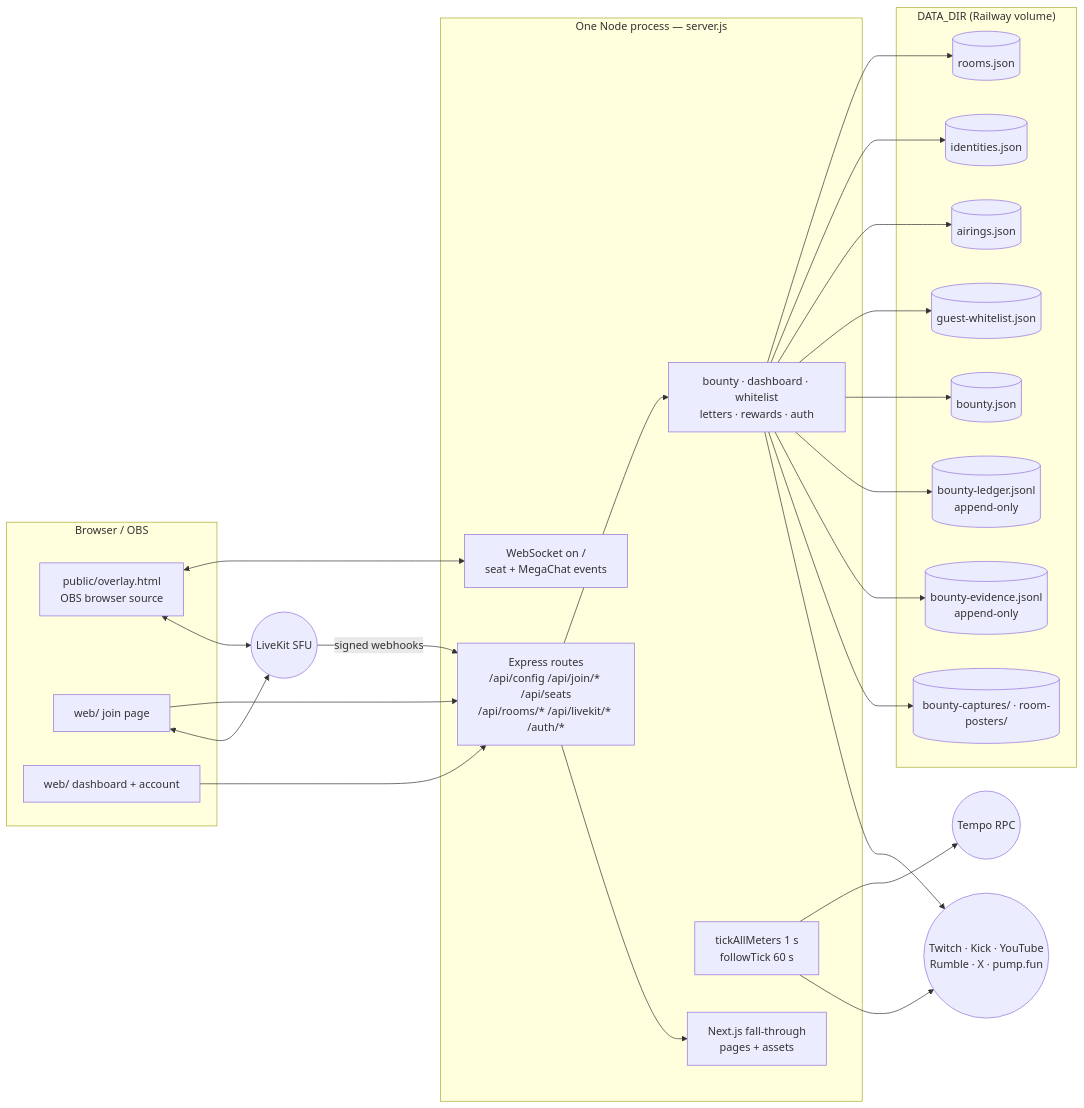
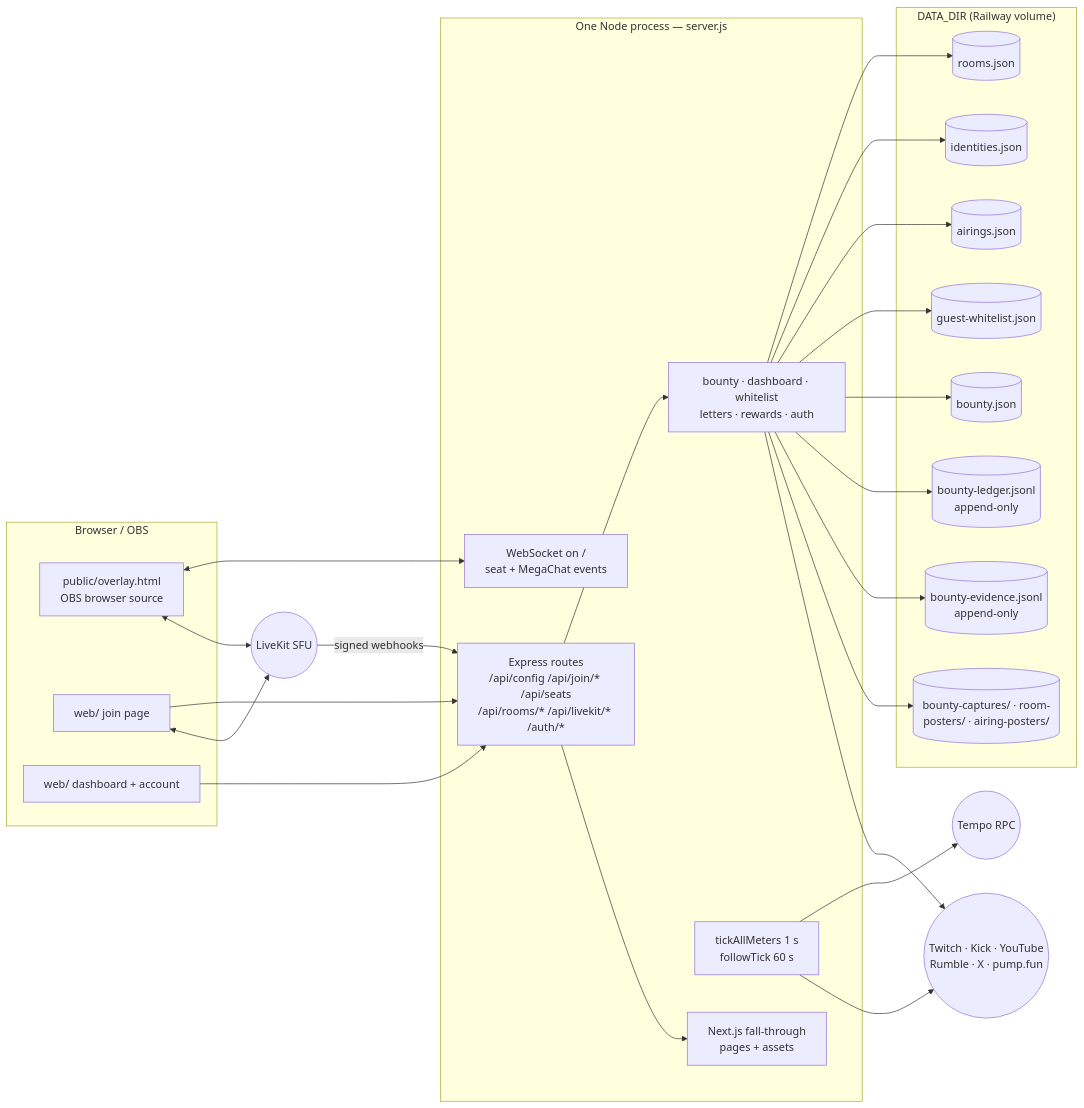
One commit to jordan9811/MegaChat changed the diagram in docs/technical/architecture.md. Above: the diagram before and after it, drawn with Mermaid. The commit also changed other lines of this file and 26 other files, not shown here.

````diff
--- a/docs/technical/architecture.md
+++ b/docs/technical/architecture.md
@@ -28,41 +28,41 @@
 ```mermaid
 flowchart LR
   subgraph browser["Browser / OBS"]
     OV[public/overlay.html<br/>OBS browser source]
     JP[web/ join page]
     DB[web/ dashboard + account]
   end
   subgraph proc["One Node process — server.js"]
     EX[Express routes<br/>/api/config /api/join/* /api/seats<br/>/api/rooms/* /api/livekit/* /auth/*]
     WS[WebSocket on /<br/>seat + MegaChat events]
     NX[Next.js fall-through<br/>pages + assets]
     LOOPS[tickAllMeters 1 s<br/>followTick 60 s]
     MODS[bounty · dashboard · whitelist<br/>letters · rewards · auth]
   end
   subgraph stores["DATA_DIR (Railway volume)"]
     RJ[(rooms.json)]
     IJ[(identities.json)]
     AJ[(airings.json)]
     GJ[(guest-whitelist.json)]
     BJ[(bounty.json)]
     LEDGER[(bounty-ledger.jsonl<br/>append-only)]
     EVID[(bounty-evidence.jsonl<br/>append-only)]
-    CAP[(bounty-captures/ · room-posters/)]
+    CAP[(bounty-captures/ · room-posters/ · airing-posters/)]
   end
   LK((LiveKit SFU))
   CHAIN((Tempo RPC))
   PLAT((Twitch · Kick · YouTube<br/>Rumble · X · pump.fun))
 
   OV <--> WS
   OV <--> LK
   JP --> EX
   JP <--> LK
   DB --> EX
   EX --> MODS
   EX --> NX
   LOOPS --> CHAIN
   MODS --> RJ & IJ & AJ & GJ & BJ & LEDGER & EVID & CAP
   LOOPS --> PLAT
   MODS --> PLAT
   LK -- signed webhooks --> EX
 ```
````
